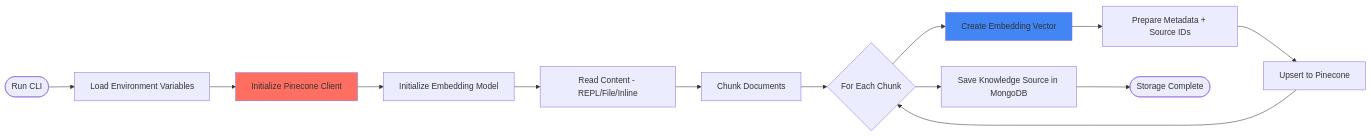
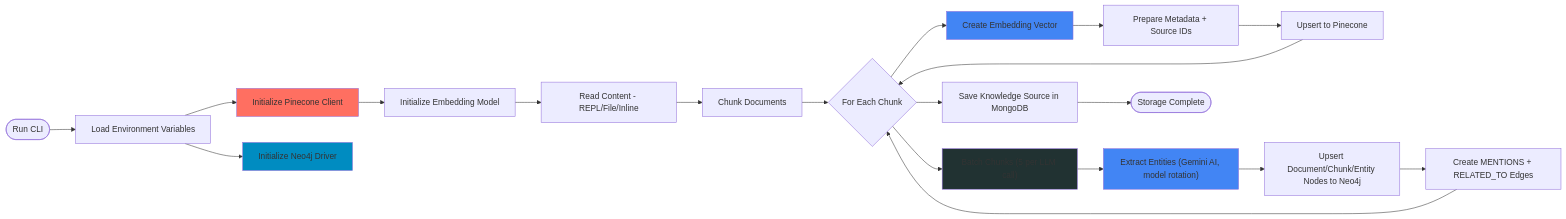
One commit to hoangsonww/AI-RAG-Assistant-Chatbot changed diagram 17 of 43 in ARCHITECTURE.md. Above: the diagram before and after it, drawn with Mermaid. The commit also changed other lines of this file and 32 other files, not shown here.

First line of the commit message:
feat(rag): add hybrid Pinecone+Neo4j retrieval, graph ingestion, and CLI graph management

````diff
--- a/ARCHITECTURE.md
+++ b/ARCHITECTURE.md
@@ -629,21 +831,32 @@
 ```mermaid
 flowchart LR
     Start([Run CLI]) --> LoadEnv[Load Environment Variables]
     LoadEnv --> InitPinecone[Initialize Pinecone Client]
+    LoadEnv --> InitNeo4j[Initialize Neo4j Driver]
     InitPinecone --> InitEmbeddings[Initialize Embedding Model]
 
     InitEmbeddings --> ReadDocs[Read Content - REPL/File/Inline]
     ReadDocs --> ChunkDocs[Chunk Documents]
 
     ChunkDocs --> Loop{For Each Chunk}
     Loop --> CreateEmbed[Create Embedding Vector]
     CreateEmbed --> PrepareMetadata[Prepare Metadata + Source IDs]
     PrepareMetadata --> UpsertVector[Upsert to Pinecone]
+
+    Loop --> BatchEntities["Batch Chunks (5 per LLM call)"]
+    BatchEntities --> ExtractEntities["Extract Entities (Gemini AI, model rotation)"]
+    ExtractEntities --> UpsertGraph["Upsert Document/Chunk/Entity Nodes to Neo4j"]
+    UpsertGraph --> LinkEntities["Create MENTIONS + RELATED_TO Edges"]
+
     UpsertVector --> Loop
+    LinkEntities --> Loop
 
     Loop --> PersistMongo[Save Knowledge Source in MongoDB]
     PersistMongo --> Complete([Storage Complete])
 
     style InitPinecone fill:#FF6F61
+    style InitNeo4j fill:#008CC1
     style CreateEmbed fill:#4285F4
+    style ExtractEntities fill:#4285F4
+    style BatchEntities fill:#213232
 ```
````
